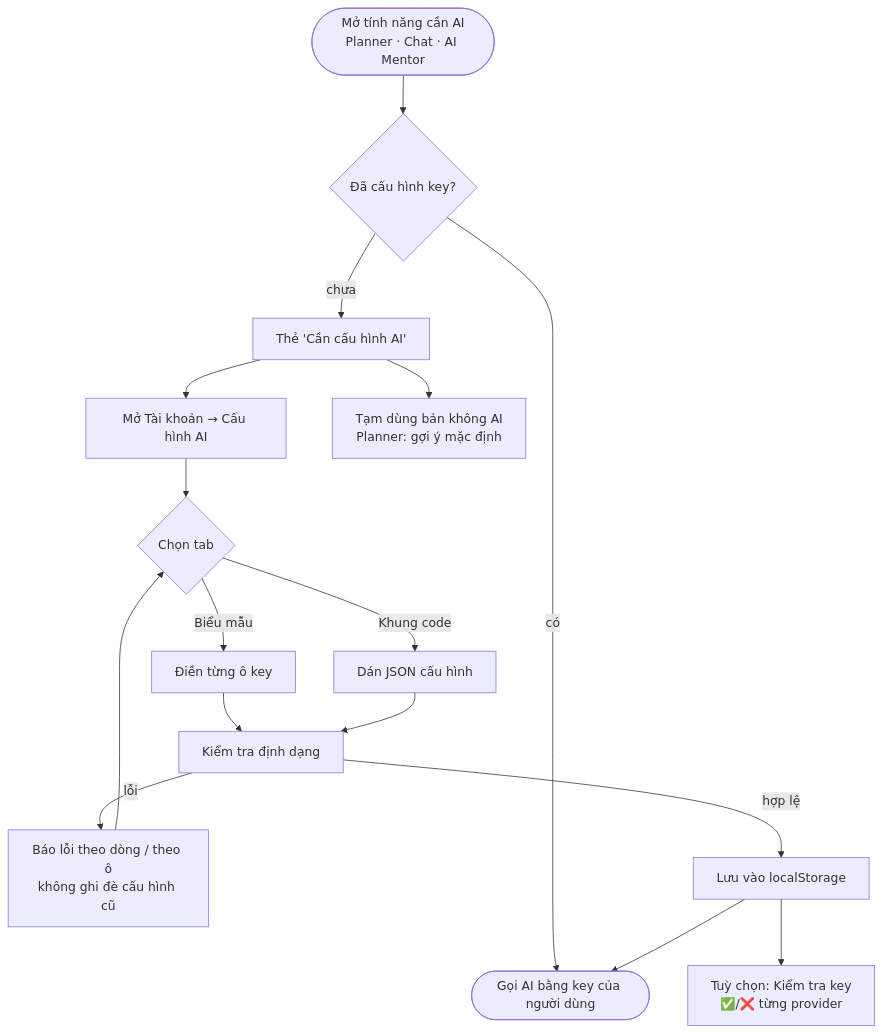
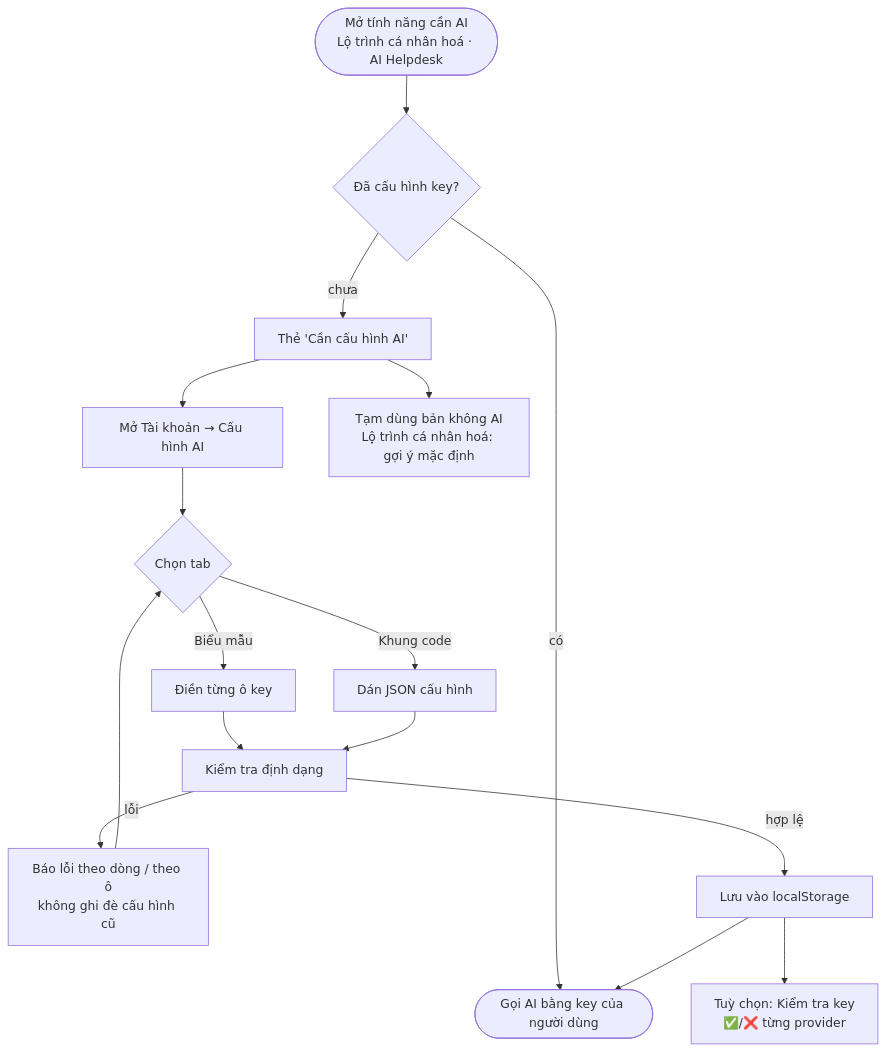
One commit to Dokhacgiakhoa/K4-3A-e403-Vinonymus changed the diagram in docs/07-ai-access-plan.md. Above: the diagram before and after it, drawn with Mermaid. The commit also changed other lines of this file and 19 other files, not shown here.

````diff
--- a/docs/07-ai-access-plan.md
+++ b/docs/07-ai-access-plan.md
@@ -29,17 +29,17 @@
 ```mermaid
 flowchart TD
-    A([Mở tính năng cần AI<br/>Planner · Chat · AI Mentor]) --> B{Đã cấu hình key?}
+    A([Mở tính năng cần AI<br/>Lộ trình cá nhân hoá · AI Helpdesk]) --> B{Đã cấu hình key?}
     B -- có --> OK([Gọi AI bằng key của người dùng])
     B -- chưa --> C[Thẻ 'Cần cấu hình AI']
     C --> C1[Mở Tài khoản → Cấu hình AI]
-    C --> C2[Tạm dùng bản không AI<br/>Planner: gợi ý mặc định]
+    C --> C2[Tạm dùng bản không AI<br/>Lộ trình cá nhân hoá: gợi ý mặc định]
     C1 --> T{Chọn tab}
     T -- Biểu mẫu --> F[Điền từng ô key]
     T -- Khung code --> J[Dán JSON cấu hình]
     F --> V[Kiểm tra định dạng]
     J --> V
     V -- lỗi --> E[Báo lỗi theo dòng / theo ô<br/>không ghi đè cấu hình cũ] --> T
     V -- hợp lệ --> S[Lưu vào localStorage]
     S --> K[Tuỳ chọn: Kiểm tra key<br/>✅/❌ từng provider]
     S --> OK
 ```
````
